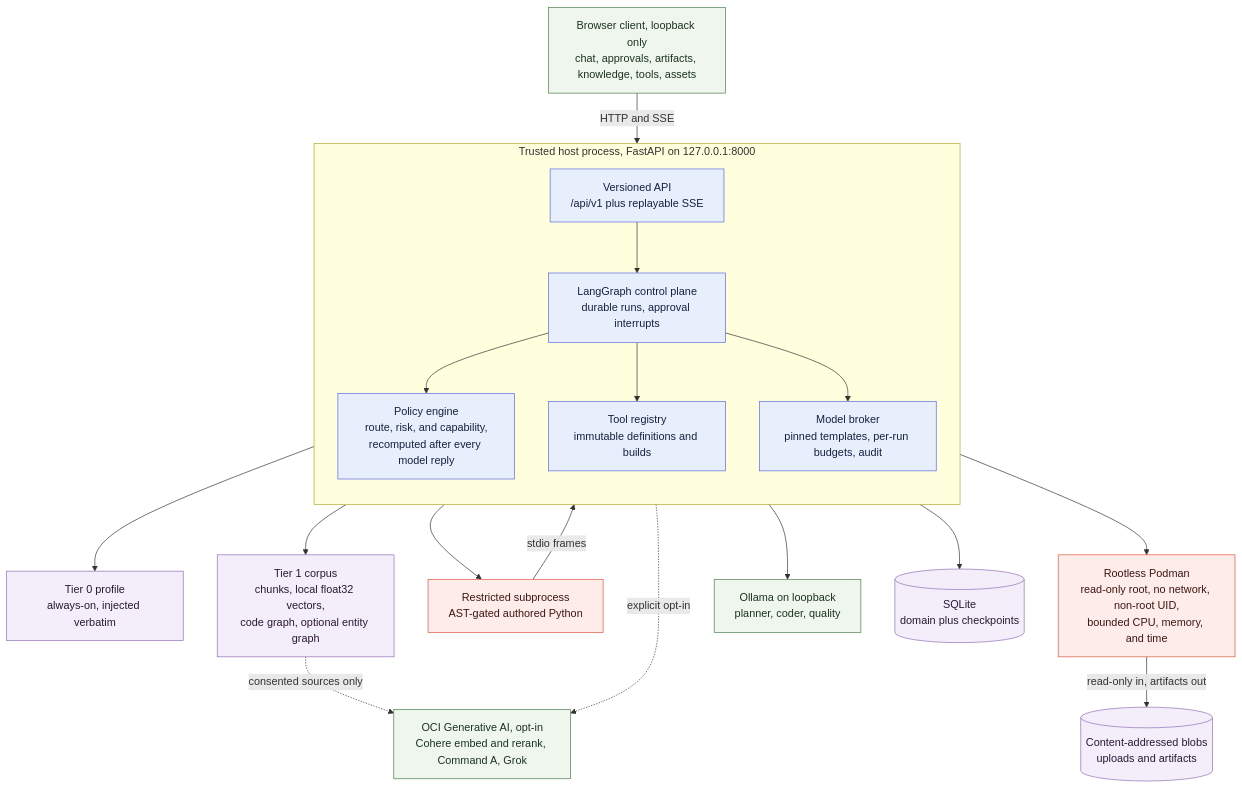
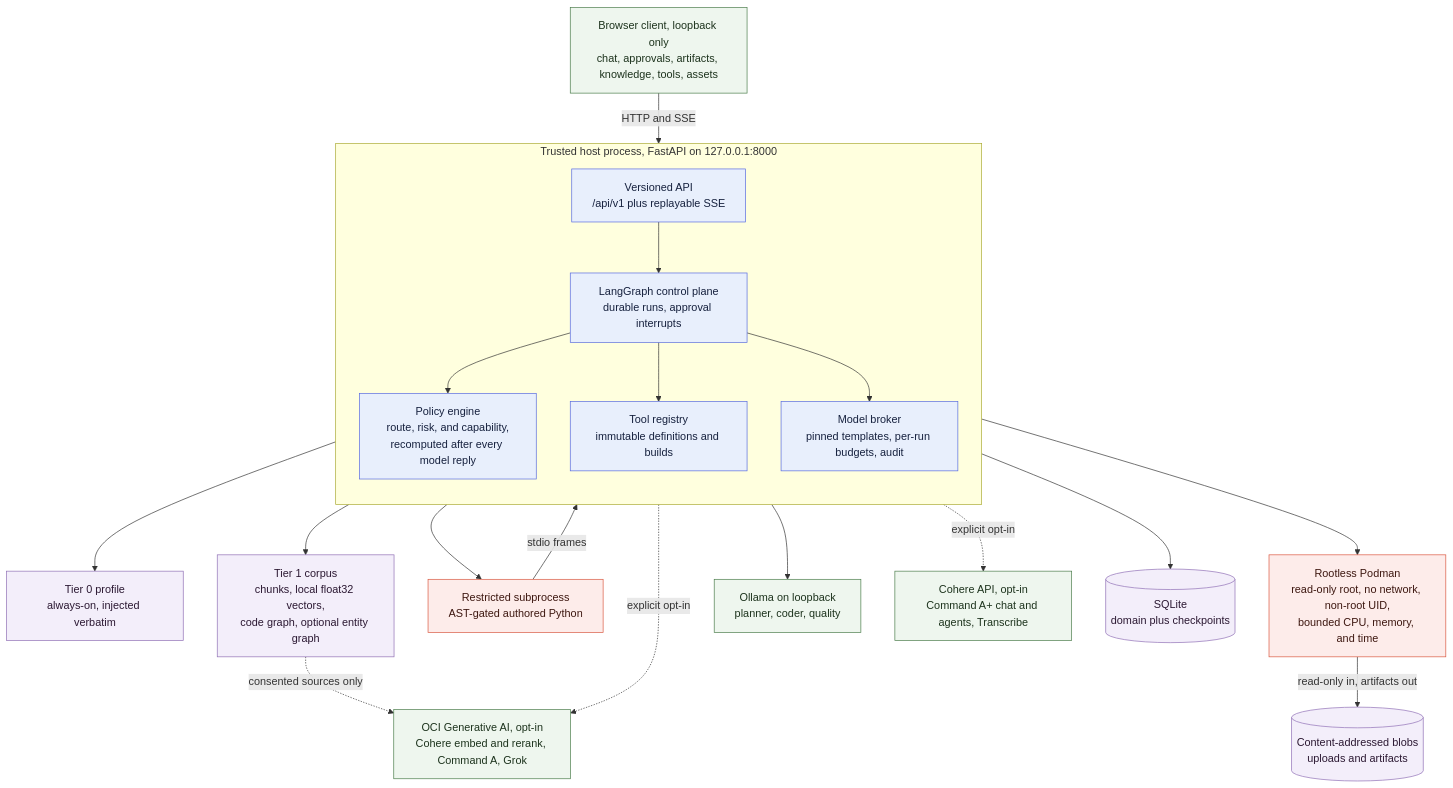
The first of 3 diagrams in README.md (aliottoman/metis), drawn with Mermaid before and after one commit. The commit also changed other lines of this file and 3 other files, not shown here.

````diff
--- a/README.md
+++ b/README.md
@@ -9,47 +9,49 @@
 ```mermaid
 graph TD
     WEB["Browser client, loopback only<br/>chat, approvals, artifacts, knowledge, tools, assets"]
 
     subgraph hostLayer["Trusted host process, FastAPI on 127.0.0.1:8000"]
         direction TB
         API["Versioned API<br/>/api/v1 plus replayable SSE"]
         GRAPH["LangGraph control plane<br/>durable runs, approval interrupts"]
         POLICY["Policy engine<br/>route, risk, and capability,<br/>recomputed after every model reply"]
         REG["Tool registry<br/>immutable definitions and builds"]
         BROKER["Model broker<br/>pinned templates, per-run budgets, audit"]
         API --> GRAPH
         GRAPH --> POLICY
         GRAPH --> REG
         GRAPH --> BROKER
     end
 
     PROFILE["Tier 0 profile<br/>always-on, injected verbatim"]
     CORPUS["Tier 1 corpus<br/>chunks, local float32 vectors,<br/>code graph, optional entity graph"]
     SUBPROC["Restricted subprocess<br/>AST-gated authored Python"]
     PODMAN["Rootless Podman<br/>read-only root, no network, non-root UID,<br/>bounded CPU, memory, and time"]
     OLLAMA["Ollama on loopback<br/>planner, coder, quality"]
     OCI["OCI Generative AI, opt-in<br/>Cohere embed and rerank, Command A, Grok"]
+    COHERE["Cohere API, opt-in<br/>Command A+ chat and agents, Transcribe"]
     DB[("SQLite<br/>domain plus checkpoints")]
     BLOB[("Content-addressed blobs<br/>uploads and artifacts")]
 
     WEB -->|HTTP and SSE| API
     GRAPH --> PROFILE
     GRAPH --> CORPUS
     GRAPH --> DB
     REG --> SUBPROC
     REG --> PODMAN
     SUBPROC -->|stdio frames| BROKER
     PODMAN -->|read-only in, artifacts out| BLOB
     BROKER --> OLLAMA
     GRAPH -.->|explicit opt-in| OCI
+    GRAPH -.->|explicit opt-in| COHERE
     CORPUS -.->|consented sources only| OCI
 
     classDef trusted fill:#e8effc,stroke:#5669df,color:#16213e
     classDef sandbox fill:#fdecea,stroke:#d9573f,color:#3d1710
     classDef data fill:#f3eefa,stroke:#8f6fb5,color:#2b1832
     classDef outside fill:#eef6ee,stroke:#4a7c4a,color:#1d331d
     class API,GRAPH,POLICY,REG,BROKER trusted
     class SUBPROC,PODMAN sandbox
     class DB,BLOB,PROFILE,CORPUS data
-    class WEB,OLLAMA,OCI outside
+    class WEB,OLLAMA,OCI,COHERE outside
 ```
````
